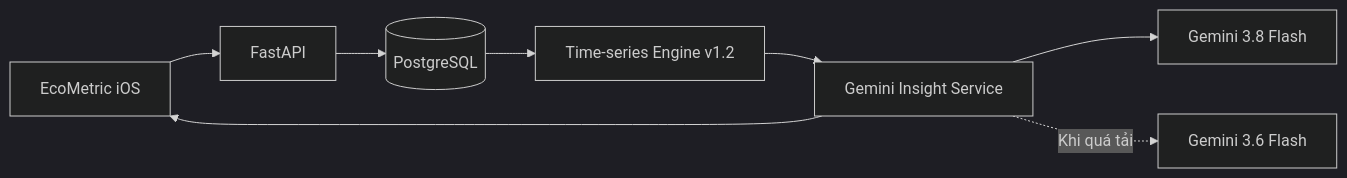
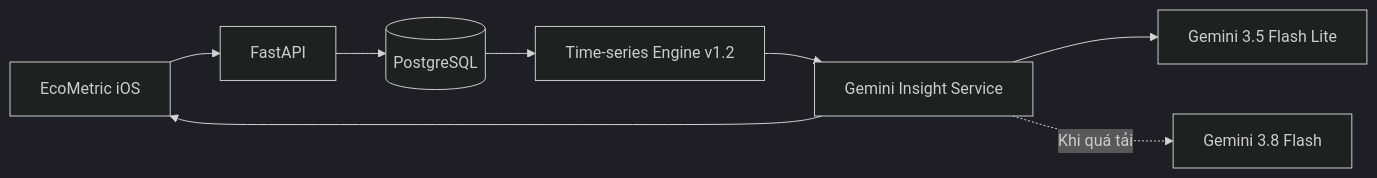
The diagram in ECOMETRIC BACKEND/ecometric-backend/README.md (NXThanh01/EcoMetric-iOS), drawn with Mermaid (dark theme) before and after one commit. The commit also changed other lines of this file and 8 other files, not shown here.

Commit message:
fix: khôi phục phân tích AI và xử lý quá tải đúng nguyên nhân

````diff
--- a/ECOMETRIC BACKEND/ecometric-backend/README.md
+++ b/ECOMETRIC BACKEND/ecometric-backend/README.md
@@ -9,10 +9,10 @@
 ```mermaid
 flowchart LR
     IOS[EcoMetric iOS] --> API[FastAPI]
     API --> DB[(PostgreSQL)]
     DB --> TS[Time-series Engine v1.2]
     TS --> GM[Gemini Insight Service]
-    GM --> P[Gemini 3.8 Flash]
-    GM -. Khi quá tải .-> F[Gemini 3.6 Flash]
+    GM --> P[Gemini 3.5 Flash Lite]
+    GM -. Khi quá tải .-> F[Gemini 3.8 Flash]
     GM --> IOS
 ```
````
